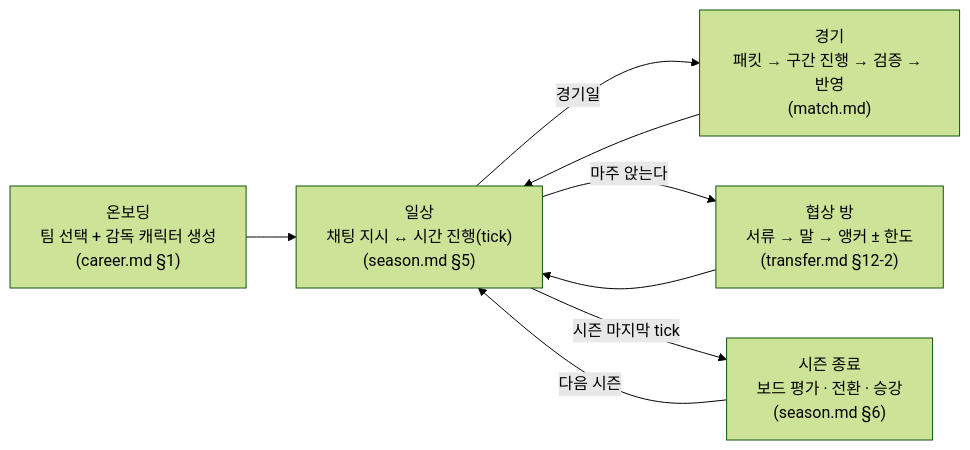
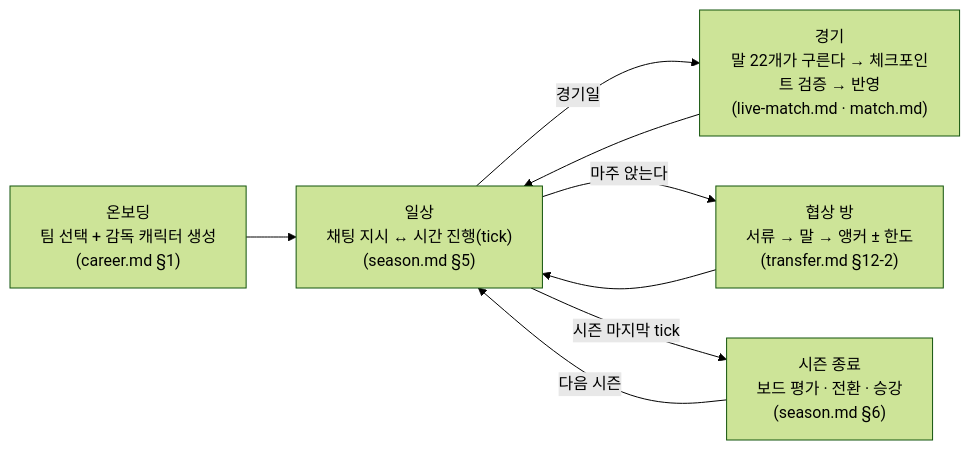
Before and after one commit to dhoonjang/story-fm: the third of 3 diagrams in docs/overview.md, drawn with Mermaid (forest theme). The commit also changed other lines of this file and 320 other files, not shown here.

````diff
--- a/docs/overview.md
+++ b/docs/overview.md
@@ -242,10 +242,10 @@
 ```mermaid
 flowchart LR
   O["온보딩<br/>팀 선택 + 감독 캐릭터 생성<br/>(career.md §1)"] --> P["일상<br/>채팅 지시 ↔ 시간 진행(tick)<br/>(season.md §5)"]
-  P -->|경기일| Q["경기<br/>패킷 → 구간 진행 → 검증 → 반영<br/>(match.md)"]
+  P -->|경기일| Q["경기<br/>말 22개가 구른다 → 체크포인트 검증 → 반영<br/>(live-match.md · match.md)"]
   Q --> P
   P -->|마주 앉는다| N["협상 방<br/>서류 → 말 → 앵커 ± 한도<br/>(transfer.md §12-2)"]
   N --> P
   P -->|시즌 마지막 tick| R["시즌 종료<br/>보드 평가 · 전환 · 승강<br/>(season.md §6)"]
   R -->|다음 시즌| P
 ```
````
